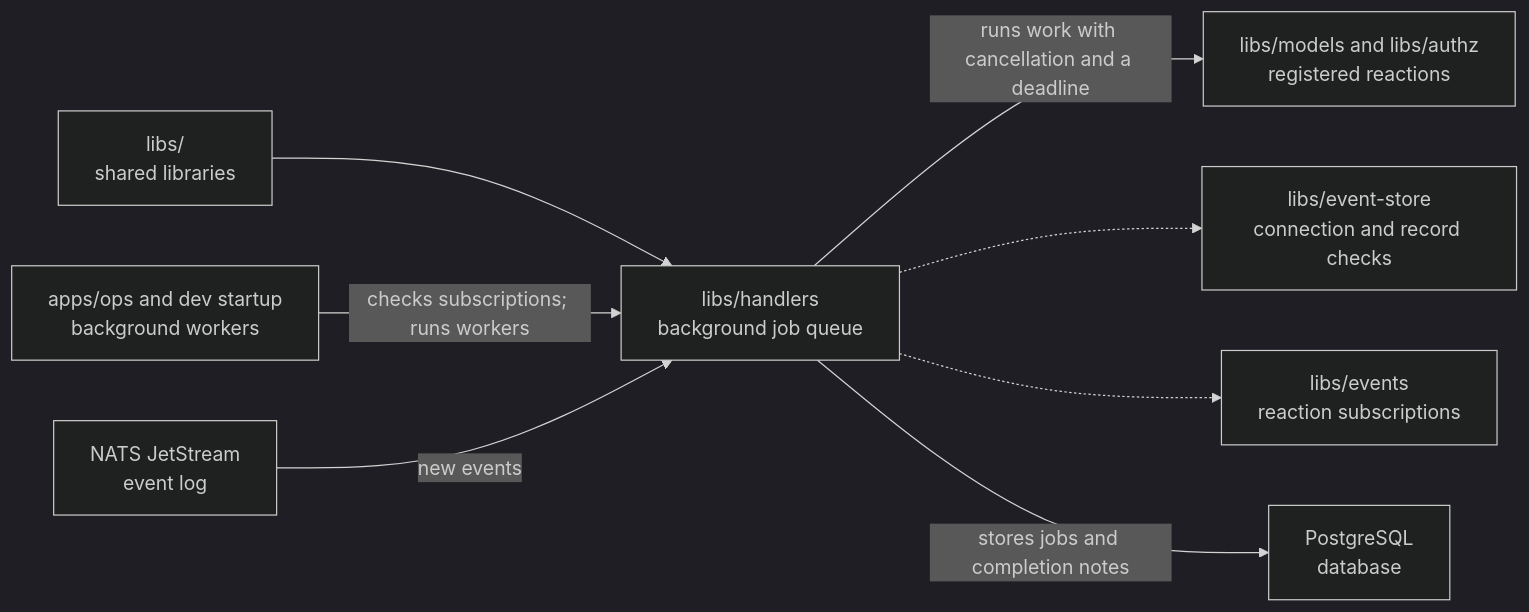
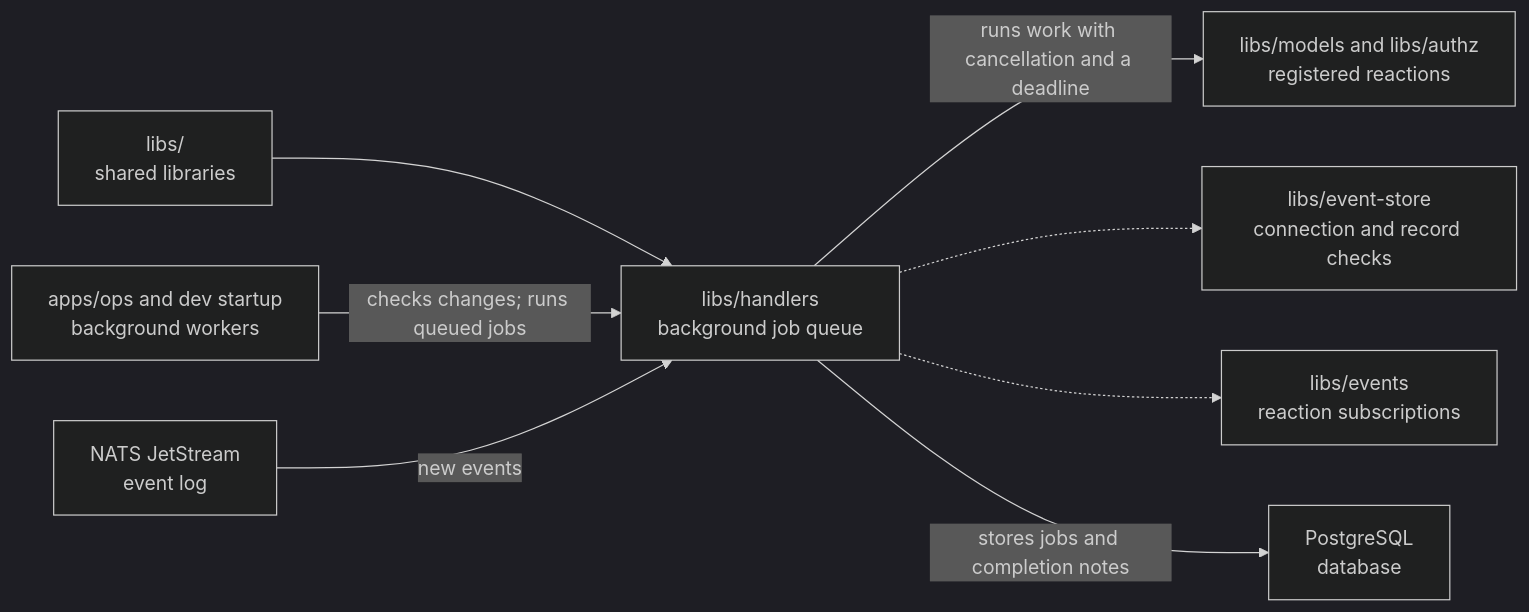
Before and after one commit to elewa-git/opencrane-new: the diagram in libs/handlers/README.md, drawn with Mermaid (dark theme). The commit also changed other lines of this file and 13 other files, not shown here.

````diff
--- a/libs/handlers/README.md
+++ b/libs/handlers/README.md
@@ -20,10 +20,10 @@
 ```mermaid
 flowchart LR
   parent["libs/<br/>shared libraries"] --> handlers["libs/handlers<br/>background job queue"]
-  ops["apps/ops and dev startup<br/>background workers"] -->|checks subscriptions; runs workers| handlers
+  ops["apps/ops and dev startup<br/>background workers"] -->|checks changes; runs queued jobs| handlers
   nats["NATS JetStream<br/>event log"] -->|new events| handlers
   handlers -->|runs work with cancellation and a deadline| reactions["libs/models and libs/authz<br/>registered reactions"]
   handlers -.-> store["libs/event-store<br/>connection and record checks"]
   handlers -.-> events["libs/events<br/>reaction subscriptions"]
   handlers -->|stores jobs and completion notes| pg["PostgreSQL<br/>database"]
 ```
````
